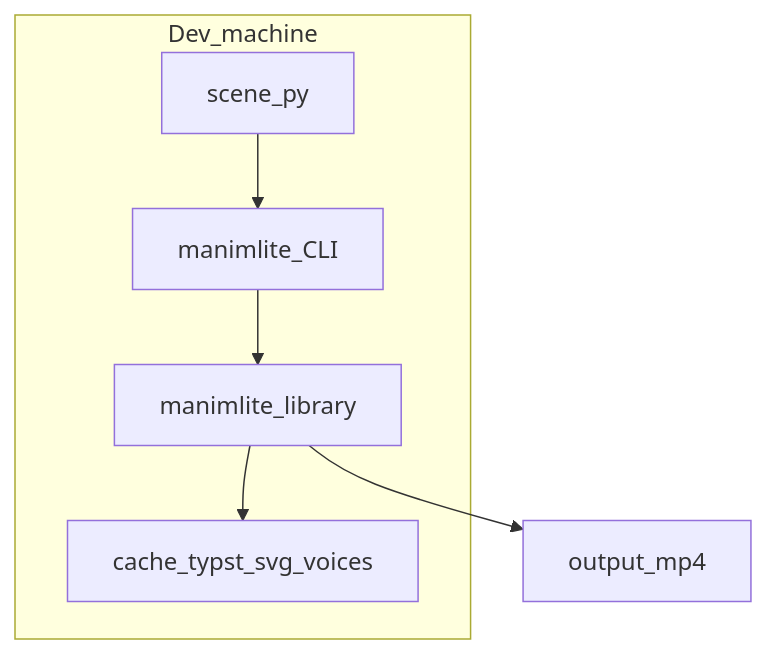
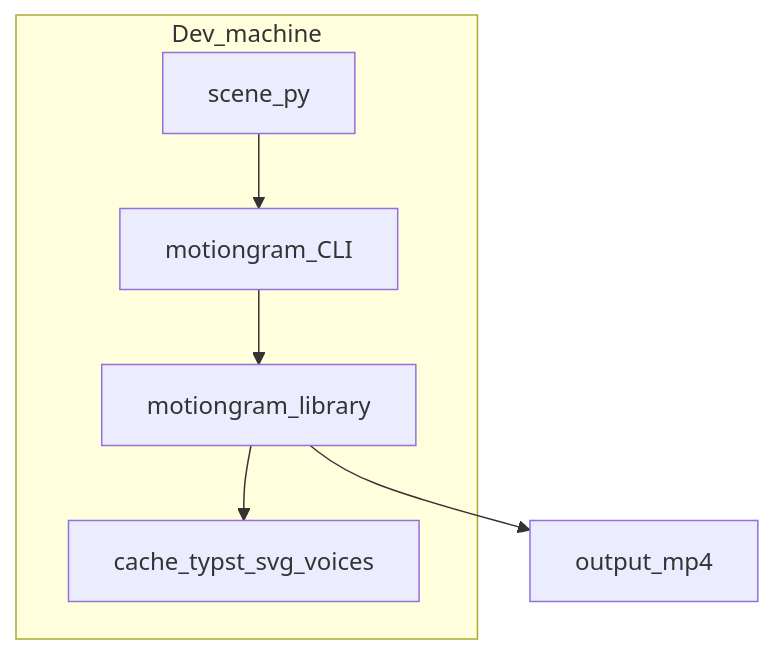
The first of 2 diagrams in docs/design/architecture.md (nabin2004/ManimLite), drawn with Mermaid before and after one commit. The commit also changed other lines of this file and 144 other files, not shown here.

Commit message:
Renamed from manimlite to motiongram

````diff
--- a/docs/design/architecture.md
+++ b/docs/design/architecture.md
@@ -9,14 +9,14 @@
 ```mermaid
 flowchart TB
     subgraph devMachine [Dev_machine]
         ScenePy["scene_py"]
-        CLI["manimlite_CLI"]
-        Lib["manimlite_library"]
+        CLI["motiongram_CLI"]
+        Lib["motiongram_library"]
         Cache["cache_typst_svg_voices"]
         ScenePy --> CLI
         CLI --> Lib
         Lib --> Cache
     end
     MP4["output_mp4"]
     Lib --> MP4
 ```
````
